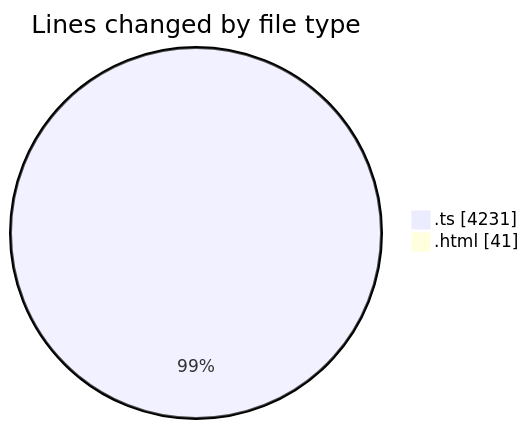
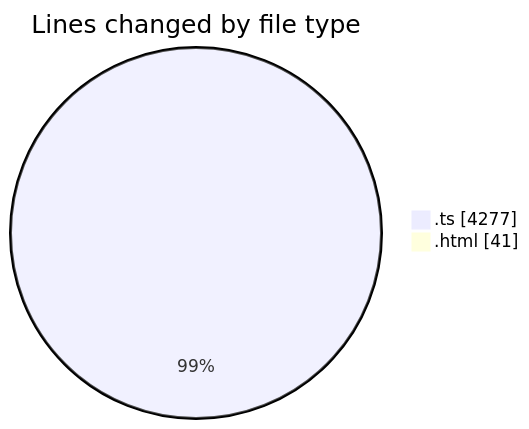
The first of 2 diagrams in 2026-02-08/singularitybrainai/README.md (tmsrecording-cyber/code-tracking), drawn with Mermaid before and after one commit. The commit also changed other lines of this file and 1 other file, not shown here.

````diff
--- a/2026-02-08/singularitybrainai/README.md
+++ b/2026-02-08/singularitybrainai/README.md
@@ -26,6 +26,6 @@
 ```mermaid
 pie showData
 title Lines changed by file type
-".ts" : 4231
+".ts" : 4277
 ".html" : 41
 ```
````
